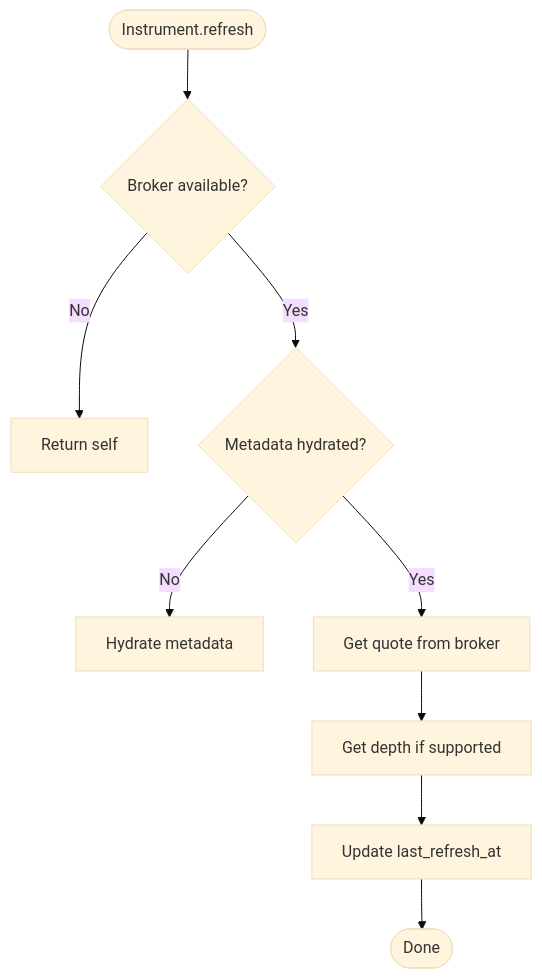
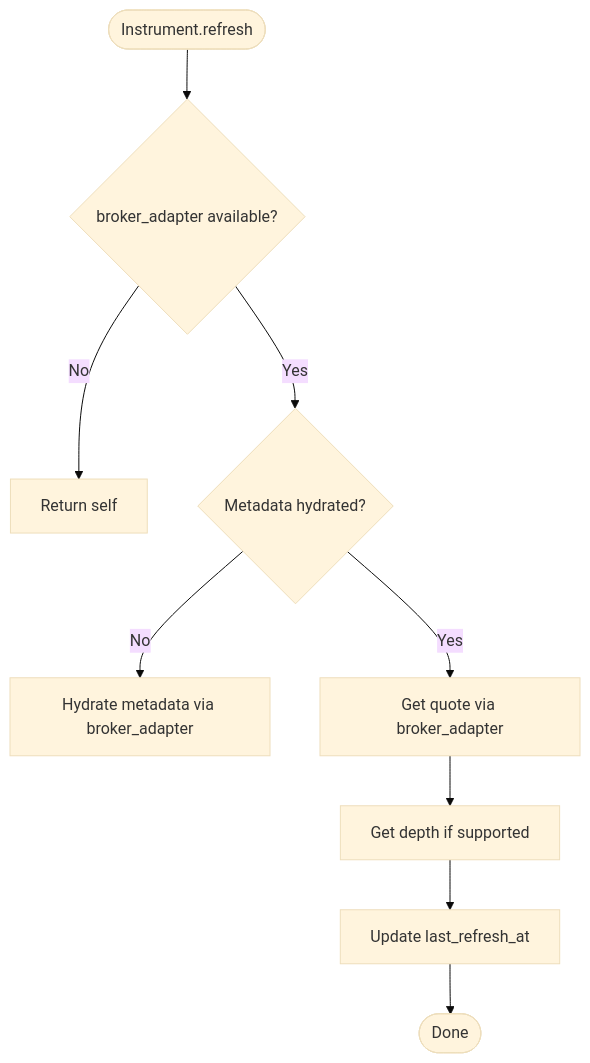
One commit to Ganesh-Kusundal/nTrade changed the third of 8 diagrams in .qoder/repowiki/en/content/Architecture Overview/Domain Model Hierarchy/Domain Model Hierarchy.md. Above: the diagram before and after it, drawn with Mermaid (base theme). The commit also changed other lines of this file and 2201 other files, not shown here.

Commit message:
Integrate completeness: live runner hardening, broker adapter layers, rate-limiting infrastructure, data pipeline (parquet OHLCV + ingestion scripts), contract testing framework, options analytics, and updated architecture/knowledge docs

````diff
--- a/.qoder/repowiki/en/content/Architecture Overview/Domain Model Hierarchy/Domain Model Hierarchy.md
+++ b/.qoder/repowiki/en/content/Architecture Overview/Domain Model Hierarchy/Domain Model Hierarchy.md
@@ -224,11 +229,11 @@
 ```mermaid
 flowchart TD
-Start(["Instrument.refresh"]) --> CheckBroker{"Broker available?"}
+Start(["Instrument.refresh"]) --> CheckBroker{"broker_adapter available?"}
 CheckBroker --> |No| ReturnSelf["Return self"]
 CheckBroker --> |Yes| HydrateCheck{"Metadata hydrated?"}
-HydrateCheck --> |No| Hydrate["Hydrate metadata"]
-HydrateCheck --> |Yes| FetchQuote["Get quote from broker"]
+HydrateCheck --> |No| Hydrate["Hydrate metadata via broker_adapter"]
+HydrateCheck --> |Yes| FetchQuote["Get quote via broker_adapter"]
 FetchQuote --> DepthFetch["Get depth if supported"]
 DepthFetch --> UpdateTime["Update last_refresh_at"]
 UpdateTime --> End(["Done"])
 ```
````
